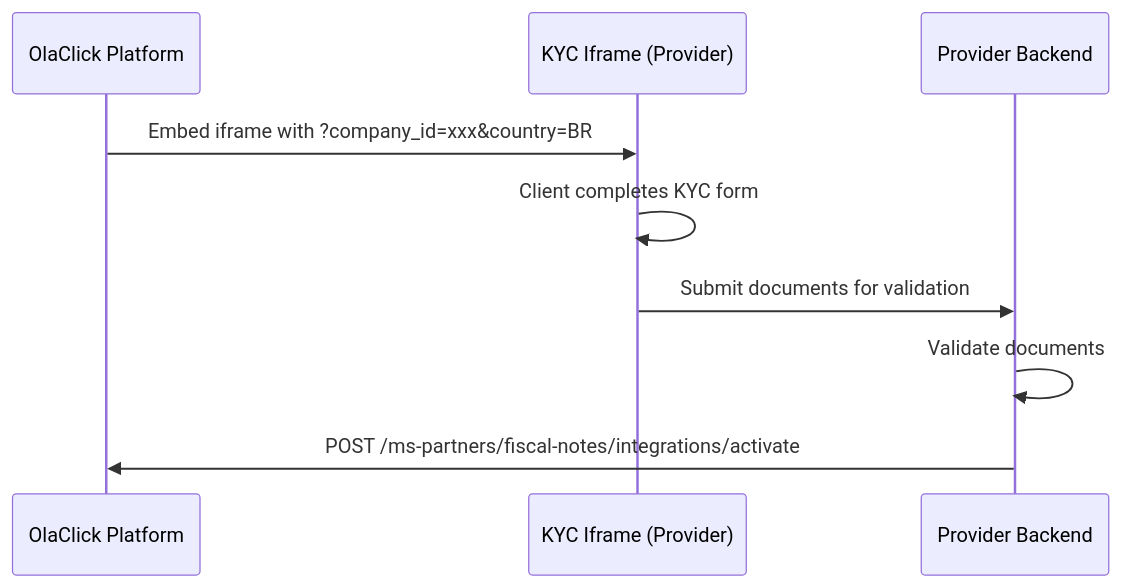
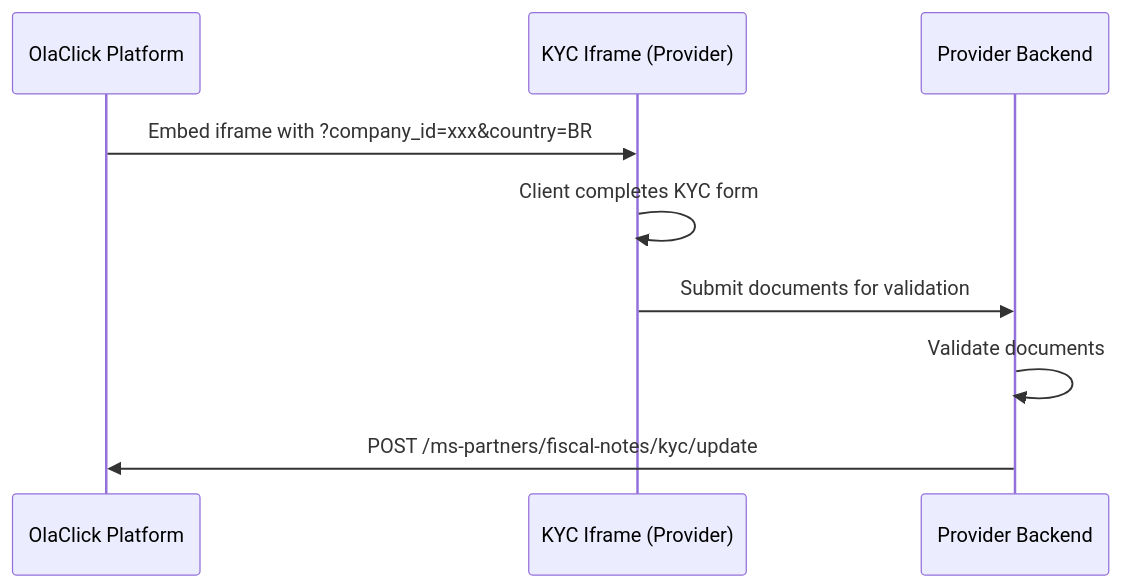
The diagram in docs/fiscal-notes/kyc-iframe.md (estefanno18/olaclick-partners-landing-page), drawn with Mermaid before and after one commit. The commit also changed other lines of this file and 8 other files, not shown here.

Commit message:
refactor: restructure docs - separate partner onboarding from fiscal notes flow

````diff
--- a/docs/fiscal-notes/kyc-iframe.md
+++ b/docs/fiscal-notes/kyc-iframe.md
@@ -17,12 +17,12 @@
 ```mermaid
 sequenceDiagram
     participant OlaClick as OlaClick Platform
     participant Iframe as KYC Iframe (Provider)
     participant API as Provider Backend
 
     OlaClick->>Iframe: Embed iframe with ?company_id=xxx&country=BR
     Iframe->>Iframe: Client completes KYC form
     Iframe->>API: Submit documents for validation
     API->>API: Validate documents
-    API->>OlaClick: POST /ms-partners/fiscal-notes/integrations/activate
+    API->>OlaClick: POST /ms-partners/fiscal-notes/kyc/update
 ```
````
